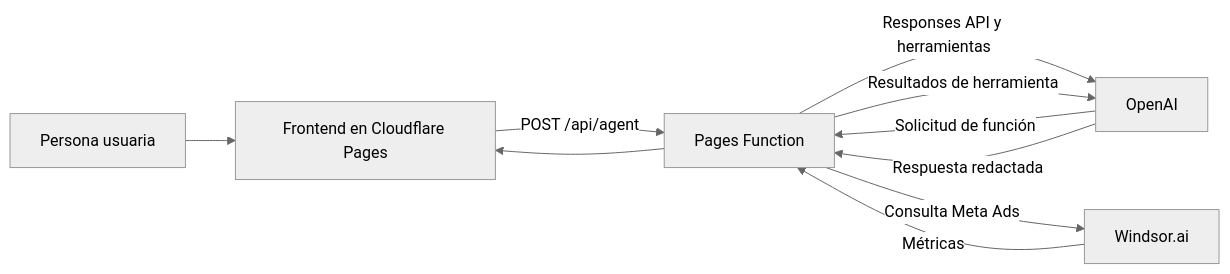
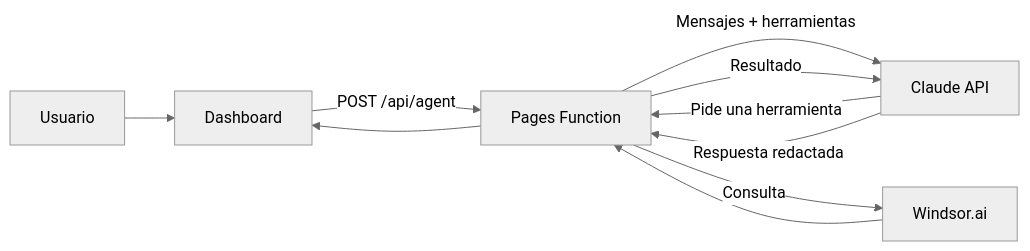
One commit to mmurillosilva/agentaIA changed the diagram in ARCHITECTURE.md. Above: the diagram before and after it, drawn with Mermaid (neutral theme). The commit also changed other lines of this file and 15 other files, not shown here.

First line of the commit message:
Cambiar OpenAI por Claude y reorganizar el proyecto

````diff
--- a/ARCHITECTURE.md
+++ b/ARCHITECTURE.md
@@ -24,12 +17,12 @@
 ```mermaid
 flowchart LR
-  U[Persona usuaria] --> F[Frontend en Cloudflare Pages]
+  U[Usuario] --> F[Dashboard]
   F -->|POST /api/agent| P[Pages Function]
-  P -->|Responses API y herramientas| O[OpenAI]
-  O -->|Solicitud de función| P
-  P -->|Consulta Meta Ads| W[Windsor.ai]
-  W -->|Métricas| P
-  P -->|Resultados de herramienta| O
-  O -->|Respuesta redactada| P
+  P -->|Mensajes + herramientas| C[Claude API]
+  C -->|Pide una herramienta| P
+  P -->|Consulta| W[Windsor.ai]
+  W --> P
+  P -->|Resultado| C
+  C -->|Respuesta redactada| P
   P --> F
 ```
````
